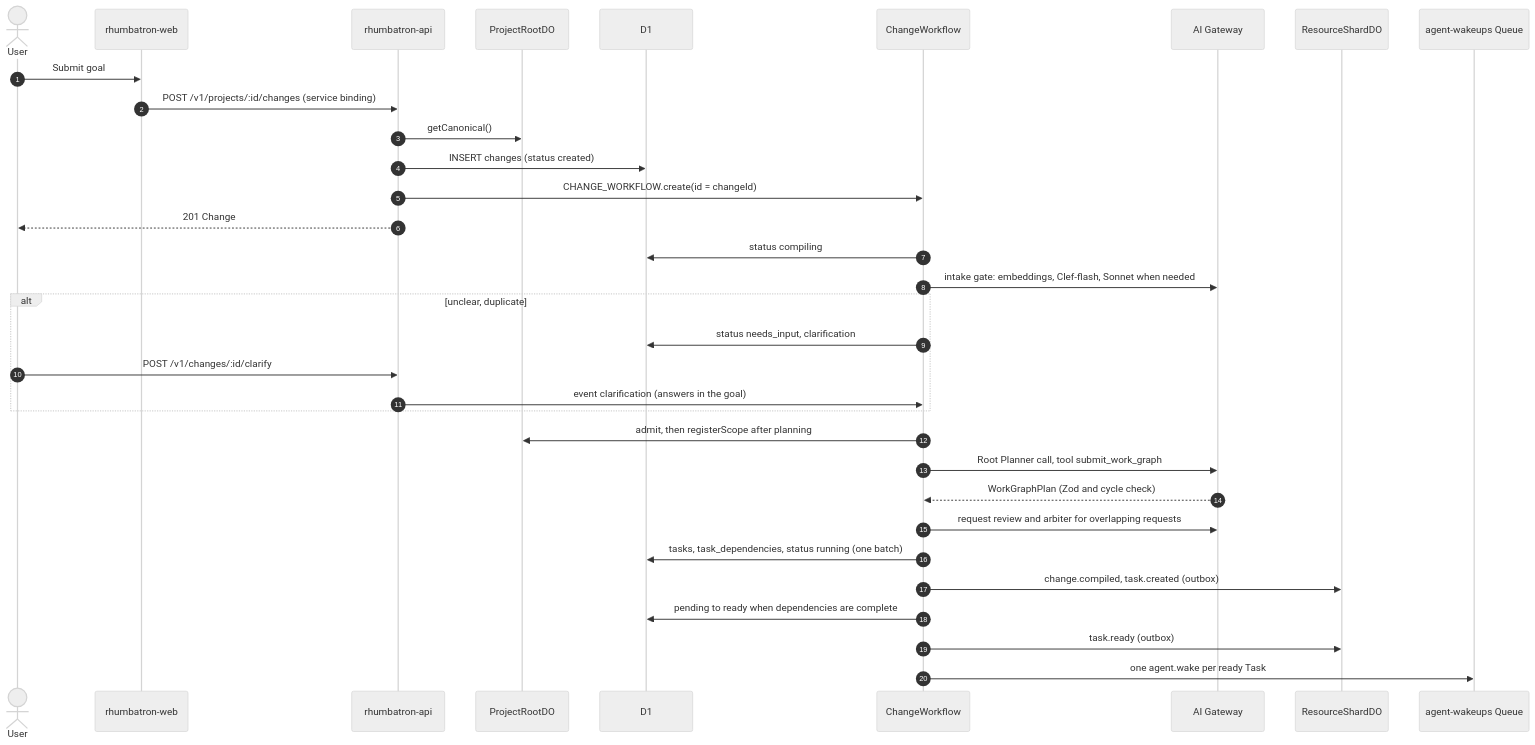
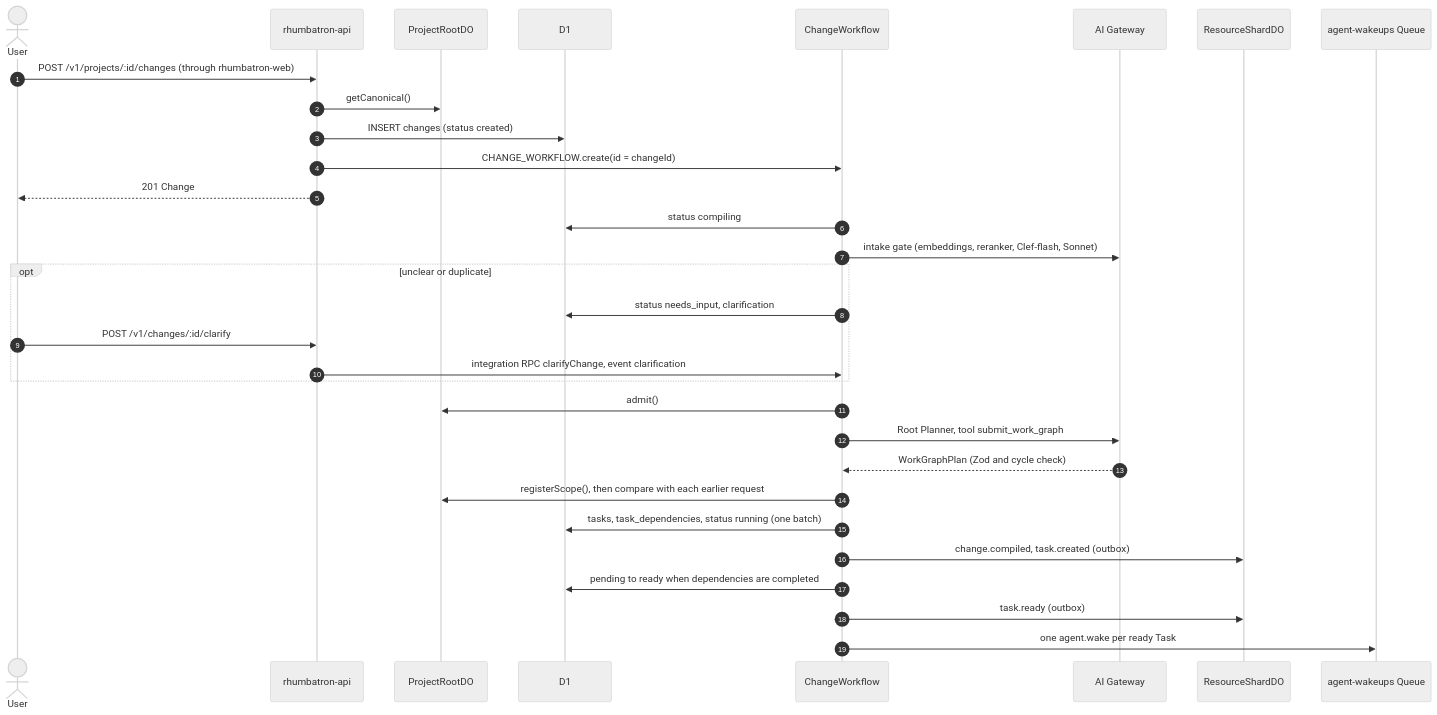
One commit to nsudhanva/rhumbatron changed the first of 7 diagrams in docs/architecture/change-lifecycle.md. Above: the diagram before and after it, drawn with Mermaid (neutral theme). The commit also changed other lines of this file and 47 other files, not shown here.

````diff
--- a/docs/architecture/change-lifecycle.md
+++ b/docs/architecture/change-lifecycle.md
@@ -26,36 +28,34 @@
 ```mermaid
 sequenceDiagram
   autonumber
   actor User
-  participant Web as rhumbatron-web
   participant API as rhumbatron-api
   participant Root as ProjectRootDO
   participant D1 as D1
   participant CW as ChangeWorkflow
   participant GW as AI Gateway
   participant Shard as ResourceShardDO
   participant WQ as agent-wakeups Queue
 
-  User->>Web: Submit goal
-  Web->>API: POST /v1/projects/:id/changes (service binding)
+  User->>API: POST /v1/projects/:id/changes (through rhumbatron-web)
   API->>Root: getCanonical()
   API->>D1: INSERT changes (status created)
   API->>CW: CHANGE_WORKFLOW.create(id = changeId)
   API-->>User: 201 Change
   CW->>D1: status compiling
-  CW->>GW: intake gate: embeddings, Clef-flash, Sonnet when needed
-  alt unclear, duplicate
+  CW->>GW: intake gate (embeddings, reranker, Clef-flash, Sonnet)
+  opt unclear or duplicate
     CW->>D1: status needs_input, clarification
     User->>API: POST /v1/changes/:id/clarify
-    API->>CW: event clarification (answers in the goal)
+    API->>CW: integration RPC clarifyChange, event clarification
   end
-  CW->>Root: admit, then registerScope after planning
-  CW->>GW: Root Planner call, tool submit_work_graph
+  CW->>Root: admit()
+  CW->>GW: Root Planner, tool submit_work_graph
   GW-->>CW: WorkGraphPlan (Zod and cycle check)
-  CW->>GW: request review and arbiter for overlapping requests
+  CW->>Root: registerScope(), then compare with each earlier request
   CW->>D1: tasks, task_dependencies, status running (one batch)
   CW->>Shard: change.compiled, task.created (outbox)
-  CW->>D1: pending to ready when dependencies are complete
+  CW->>D1: pending to ready when dependencies are completed
   CW->>Shard: task.ready (outbox)
   CW->>WQ: one agent.wake per ready Task
 ```
````
